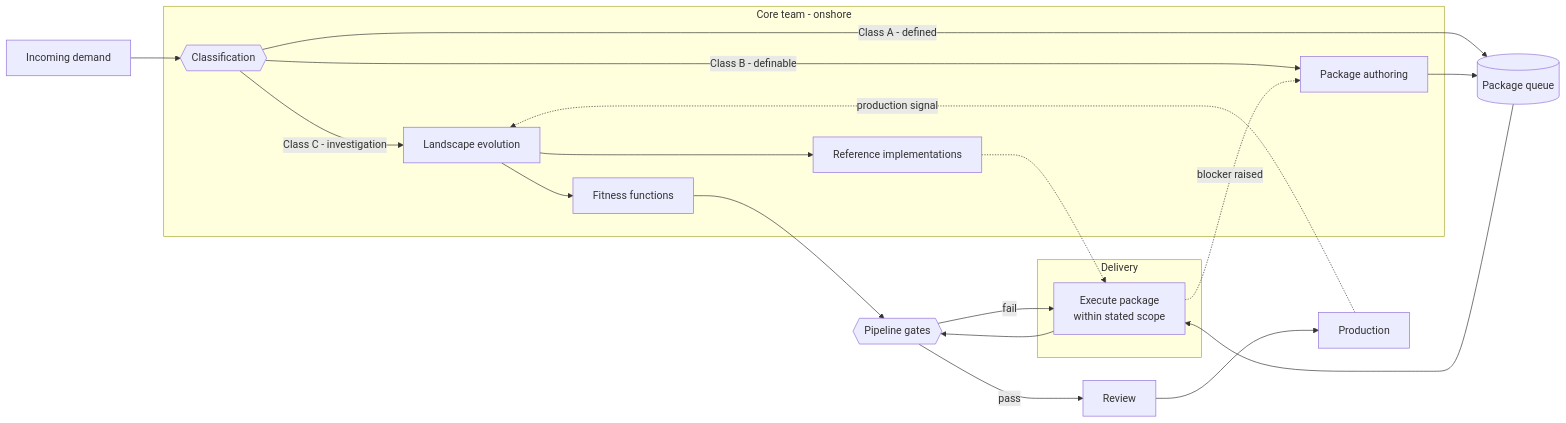
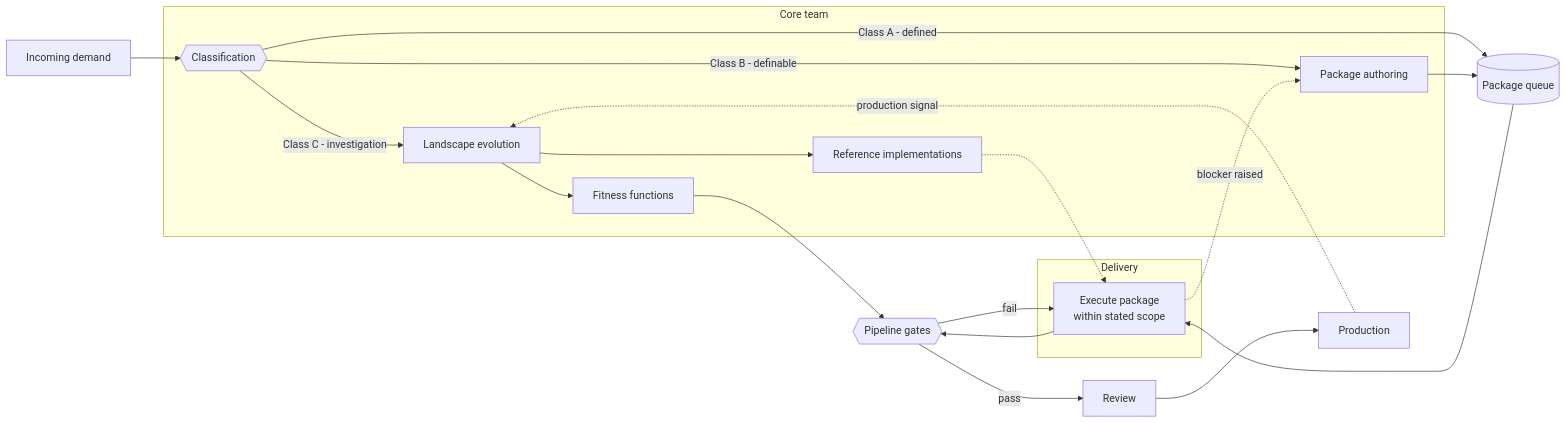
The first of 10 diagrams in Working structure - core and delivery group.md (glennthielman/core-delivery-group-organization), drawn with Mermaid before and after one commit. The commit also changed other lines of this file and 8 other files, not shown here.

````diff
--- a/Working structure - core and delivery group.md
+++ b/Working structure - core and delivery group.md
@@ -52,33 +52,33 @@
 ```mermaid
 flowchart LR
     DEMAND["Incoming demand"] --> TRIAGE{{"Classification"}}
 
-    subgraph CORE["Core team - onshore"]
+    subgraph CORE["Core team"]
         TRIAGE
         LAND["Landscape evolution"]
         AUTH["Package authoring"]
         GATES["Fitness functions"]
         REF["Reference implementations"]
     end
 
     TRIAGE -->|"Class C - investigation"| LAND
     TRIAGE -->|"Class B - definable"| AUTH
     TRIAGE -->|"Class A - defined"| QUEUE
     AUTH --> QUEUE[("Package queue")]
     LAND --> GATES
     LAND --> REF
 
     subgraph OFF["Delivery"]
         EXEC["Execute package<br/>within stated scope"]
     end
 
     QUEUE --> EXEC
     REF -.-> EXEC
     GATES --> CI{{"Pipeline gates"}}
     EXEC --> CI
     CI -->|fail| EXEC
     CI -->|pass| REVIEW["Review"]
     REVIEW --> PROD["Production"]
     EXEC -.->|"blocker raised"| AUTH
     PROD -.->|"production signal"| LAND
 ```
````
